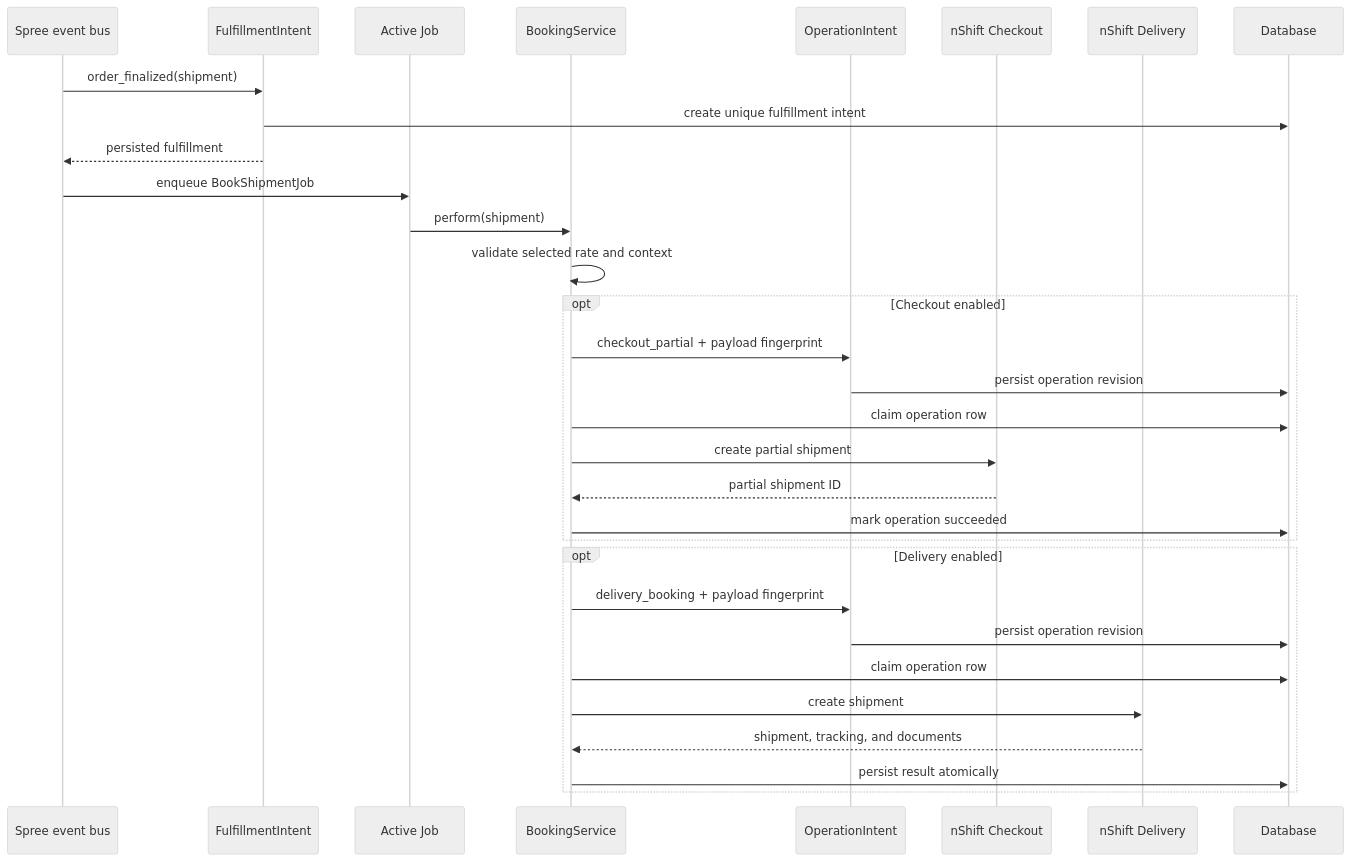
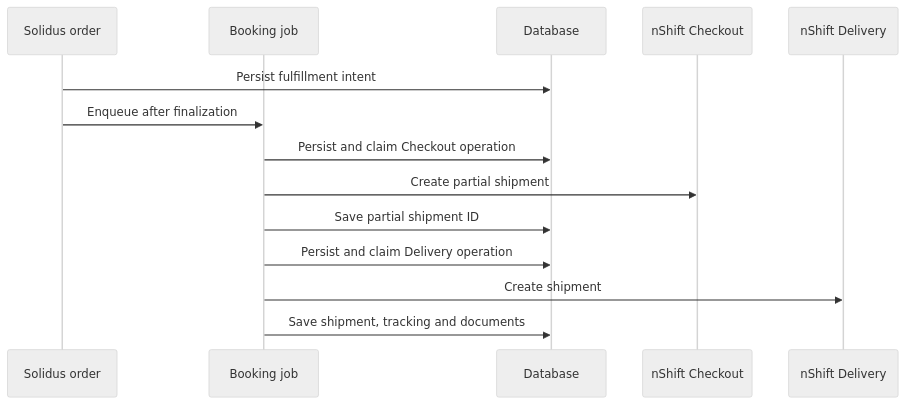
The diagram in docs/README.md (futhr/solidus_nshift), drawn with Mermaid (neutral theme) before and after one commit. The commit also changed other lines of this file and 11 other files, not shown here.

````diff
--- a/docs/README.md
+++ b/docs/README.md
@@ -137,34 +19,16 @@
 ```mermaid
 sequenceDiagram
-  participant B as Spree event bus
-  participant I as FulfillmentIntent
-  participant Q as Active Job
-  participant S as BookingService
-  participant O as OperationIntent
-  participant C as nShift Checkout
-  participant D as nShift Delivery
+  participant Order as Solidus order
+  participant Job as Booking job
   participant DB as Database
-
-  B->>I: order_finalized(shipment)
-  I->>DB: create unique fulfillment intent
-  I-->>B: persisted fulfillment
-  B->>Q: enqueue BookShipmentJob
-  Q->>S: perform(shipment)
-  S->>S: validate selected rate and context
-  opt Checkout enabled
-    S->>O: checkout_partial + payload fingerprint
-    O->>DB: persist operation revision
-    S->>DB: claim operation row
-    S->>C: create partial shipment
-    C-->>S: partial shipment ID
-    S->>DB: mark operation succeeded
-  end
-  opt Delivery enabled
-    S->>O: delivery_booking + payload fingerprint
-    O->>DB: persist operation revision
-    S->>DB: claim operation row
-    S->>D: create shipment
-    D-->>S: shipment, tracking, and documents
-    S->>DB: persist result atomically
-  end
+  participant Checkout as nShift Checkout
+  participant Delivery as nShift Delivery
+  Order->>DB: Persist fulfillment intent
+  Order->>Job: Enqueue after finalization
+  Job->>DB: Persist and claim Checkout operation
+  Job->>Checkout: Create partial shipment
+  Job->>DB: Save partial shipment ID
+  Job->>DB: Persist and claim Delivery operation
+  Job->>Delivery: Create shipment
+  Job->>DB: Save shipment, tracking and documents
 ```
````
